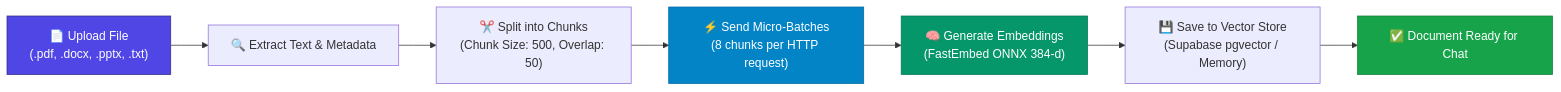
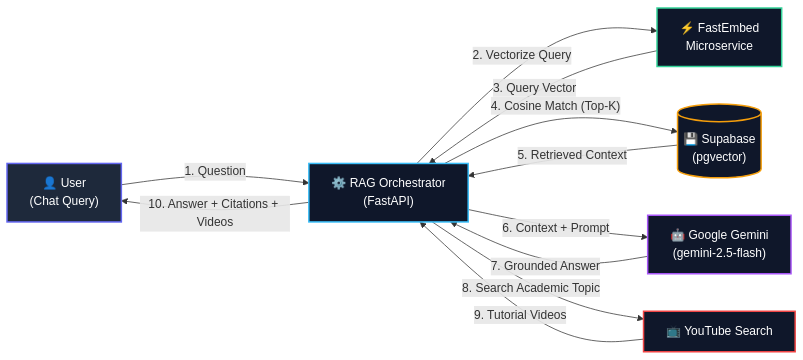
One commit to mani30mk/Document-AI-Chatbot changed the second of 3 diagrams in README.md. Above: the diagram before and after it, drawn with Mermaid. The commit also changed other lines of this file, not shown here.

Commit message:
docs: simplify architecture into two clean, focused, decoupled pipeline diagrams

````diff
--- a/README.md
+++ b/README.md
@@ -79,14 +34,20 @@
 ```mermaid
 flowchart LR
-    A["📄 Upload File<br/>(.pdf, .docx, .pptx, .txt)"] --> B["🔍 Extract Text & Metadata"]
-    B --> C["✂️ Split into Chunks<br/>(Chunk Size: 500, Overlap: 50)"]
-    C --> D["⚡ Send Micro-Batches<br/>(8 chunks per HTTP request)"]
-    D --> E["🧠 Generate Embeddings<br/>(FastEmbed ONNX 384-d)"]
-    E --> F["💾 Save to Vector Store<br/>(Supabase pgvector / Memory)"]
-    F --> G["✅ Document Ready for Chat"]
+    U["👤 User<br/>(Chat Query)"] -->|"1. Question"| S["⚙️ RAG Orchestrator<br/>(FastAPI)"]
+    S -->|"2. Vectorize Query"| EM["⚡ FastEmbed<br/>Microservice"]
+    EM -->|"3. Query Vector"| S
+    S -->|"4. Cosine Match (Top-K)"| DB[("💾 Supabase<br/>(pgvector)")]
+    DB -->|"5. Retrieved Context"| S
+    S -->|"6. Context + Prompt"| G["🤖 Google Gemini<br/>(gemini-2.5-flash)"]
+    G -->|"7. Grounded Answer"| S
+    S -->|"8. Search Academic Topic"| YT["📺 YouTube Search"]
+    YT -->|"9. Tutorial Videos"| S
+    S -->|"10. Answer + Citations + Videos"| U
 
-    style A fill:#4f46e5,stroke:#312e81,color:#fff
-    style D fill:#0284c7,stroke:#0369a1,color:#fff
-    style E fill:#059669,stroke:#047857,color:#fff
-    style G fill:#16a34a,stroke:#15803d,color:#fff
+    style U fill:#1e293b,stroke:#6366f1,stroke-width:2px,color:#fff
+    style S fill:#0f172a,stroke:#38bdf8,stroke-width:2px,color:#fff
+    style EM fill:#0f172a,stroke:#34d399,stroke-width:2px,color:#fff
+    style DB fill:#0f172a,stroke:#f59e0b,stroke-width:2px,color:#fff
+    style G fill:#0f172a,stroke:#a855f7,stroke-width:2px,color:#fff
+    style YT fill:#0f172a,stroke:#ef4444,stroke-width:2px,color:#fff
 ```
````
